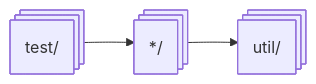
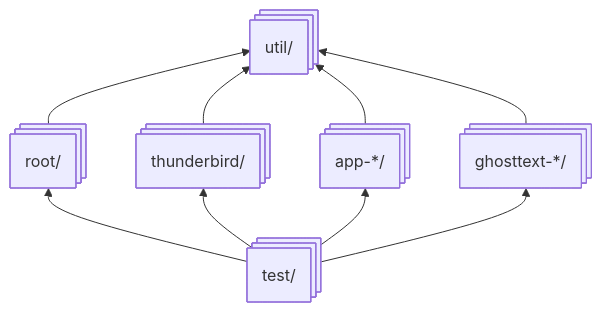
The fourth of 8 diagrams in doc/design.md (snipsnipsnip/ghostbird), drawn with Mermaid before and after one commit. The commit also changed other lines of this file and 5 other files, not shown here.

````diff
--- a/doc/design.md
+++ b/doc/design.md
@@ -232,6 +228,12 @@
 ```mermaid
-flowchart LR
+flowchart BT
+
+root_all@{shape: procs, label: root/}
+thunderbird@{shape: procs, label: thunderbird/}
+apps@{shape: procs, label: "app-*/" }
+ghosts@{shape: procs, label: "ghosttext-*/" }
+
 test@{shape: procs, label: test/ }
---> other@{shape: procs, label: "*/" }
+--> root_all & thunderbird & apps & ghosts
 --> util@{shape: procs, label: util/ }
 ```
````
